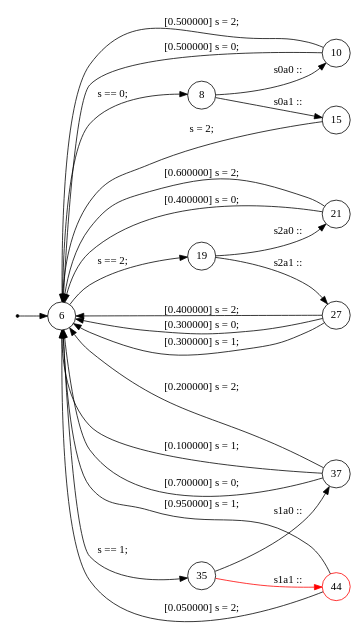
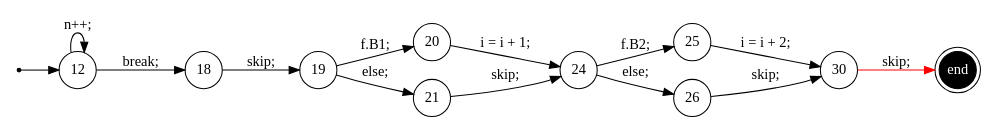
The diagram in trace/8.dot (samilazregsuidi/Daedalux), drawn with Graphviz before and after one commit. The commit also changed 118 other files, not shown here.

```diff
--- a/trace/8.dot
+++ b/trace/8.dot
@@ -1,39 +1,29 @@
 digraph finite_state_machine {
 	rankdir=LR
 	size="8,5"
-	93824993319552 [label = 6, shape = doublecircle, fixedsize = true]; 
-	s93824993319552 [shape = point];
-	 93824993319552 [label = 6, shape = circle, fixedsize = true ];
-	 93824993310416 [label = 8, shape = circle, fixedsize = true ];
-	 93824993310976 [label = 10, shape = circle, fixedsize = true ];
-	 93824993312496 [label = 15, shape = circle, fixedsize = true ];
-	 93824993312944 [label = 19, shape = circle, fixedsize = true ];
-	 93824993313712 [label = 21, shape = circle, fixedsize = true ];
-	 93824993315232 [label = 27, shape = circle, fixedsize = true ];
-	 93824993316688 [label = 35, shape = circle, fixedsize = true ];
-	 93824993317632 [label = 37, shape = circle, fixedsize = true ];
-	 93824993325184 [label = 44, shape = circle, color = red, fixedsize = true ];
-	s93824993319552 -> 93824993319552;
-	93824993319552 -> 93824993310416 [ label = "s == 0; "];
-	93824993310416 -> 93824993310976 [ label = "s0a0 :: "];
-	93824993310976 -> 93824993319552 [ label = " [0.500000] s = 0; "];
-	93824993310976 -> 93824993319552 [ label = " [0.500000] s = 2; "];
-	93824993310416 -> 93824993312496 [ label = "s0a1 :: "];
-	93824993312496 -> 93824993319552 [ label = "s = 2; "];
-	93824993319552 -> 93824993312944 [ label = "s == 2; "];
-	93824993312944 -> 93824993313712 [ label = "s2a0 :: "];
-	93824993313712 -> 93824993319552 [ label = " [0.400000] s = 0; "];
-	93824993313712 -> 93824993319552 [ label = " [0.600000] s = 2; "];
-	93824993312944 -> 93824993315232 [ label = "s2a1 :: "];
-	93824993315232 -> 93824993319552 [ label = " [0.400000] s = 2; "];
-	93824993315232 -> 93824993319552 [ label = " [0.300000] s = 0; "];
-	93824993315232 -> 93824993319552 [ label = " [0.300000] s = 1; "];
-	93824993319552 -> 93824993316688 [ label = "s == 1; "];
-	93824993316688 -> 93824993317632 [ label = "s1a0 :: "];
-	93824993317632 -> 93824993319552 [ label = " [0.100000] s = 1; "];
-	93824993317632 -> 93824993319552 [ label = " [0.700000] s = 0; "];
-	93824993317632 -> 93824993319552 [ label = " [0.200000] s = 2; "];
-	93824993316688 -> 93824993325184 [color = red, label = "s1a1 :: "];
-	93824993325184 -> 93824993319552 [ label = " [0.950000] s = 1; "];
-	93824993325184 -> 93824993319552 [ label = " [0.050000] s = 2; "];
+	93824994178208 [label = 12, shape = doublecircle, fixedsize = true]; 
+	s93824994178208 [shape = point];
+	e93824994173872 [shape = doublecircle, fixedsize = true, style = filled, fillcolor = black, fontcolor = white,  label = end];
+	 93824994178208 [label = 12, shape = circle, fixedsize = true ];
+	 93824994170560 [label = 18, shape = circle, fixedsize = true ];
+	 93824994170896 [label = 19, shape = circle, fixedsize = true ];
+	 93824994171728 [label = 20, shape = circle, fixedsize = true ];
+	 93824994172480 [label = 21, shape = circle, fixedsize = true ];
+	 93824994172256 [label = 24, shape = circle, fixedsize = true ];
+	 93824994173344 [label = 25, shape = circle, fixedsize = true ];
+	 93824994174096 [label = 26, shape = circle, fixedsize = true ];
+	 93824994173872 [label = 30, shape = circle, fixedsize = true ];
+	s93824994178208 -> 93824994178208;
+	93824994178208 -> 93824994170560 [ label = "break; "];
+	93824994178208 -> 93824994178208 [ label = "n++; "];
+	93824994170560 -> 93824994170896 [ label = "skip; "];
+	93824994170896 -> 93824994171728 [ label = "f.B1; "];
+	93824994171728 -> 93824994172256 [ label = "i = i + 1; "];
+	93824994170896 -> 93824994172480 [ label = "else; "];
+	93824994172480 -> 93824994172256 [ label = "skip; "];
+	93824994172256 -> 93824994173344 [ label = "f.B2; "];
+	93824994173344 -> 93824994173872 [ label = "i = i + 2; "];
+	93824994172256 -> 93824994174096 [ label = "else; "];
+	93824994174096 -> 93824994173872 [ label = "skip; "];
+	93824994173872 -> e93824994173872 [color = red, label = "skip; "];
 }
```
